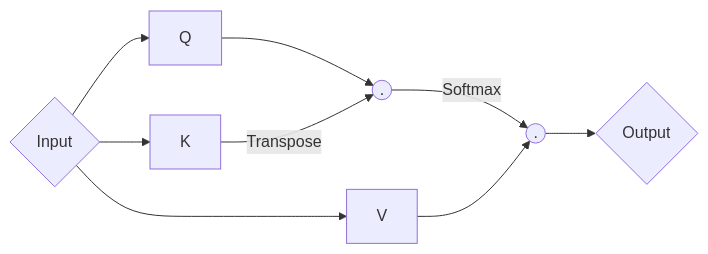
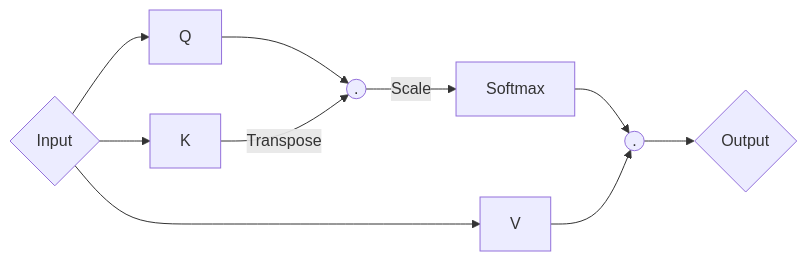
The second of 2 diagrams in docs/torch/attention.md (zhmhbest/HelloML), drawn with Mermaid before and after one commit. The commit also changed other lines of this file and 2 other files, not shown here.

````diff
--- a/docs/torch/attention.md
+++ b/docs/torch/attention.md
@@ -141,12 +141,12 @@
 ```mermaid
 graph LR;
     x{Input};
     y{Output};
     dotQK((.));
     dotQKV((.));
     x --> Q --> dotQK;
     x --> K -- Transpose --> dotQK;
-    dotQK -- Softmax --> dotQKV;
+    dotQK -- Scale --> Softmax --> dotQKV;
     x --> V --> dotQKV;
     dotQKV --> y;
 ```
````
